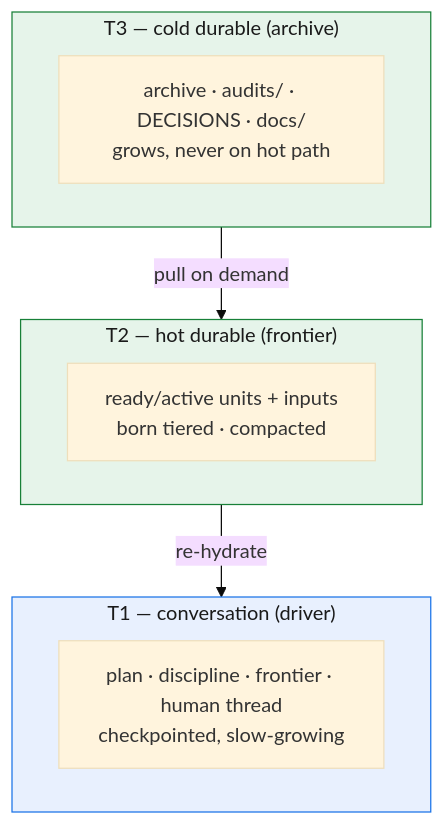
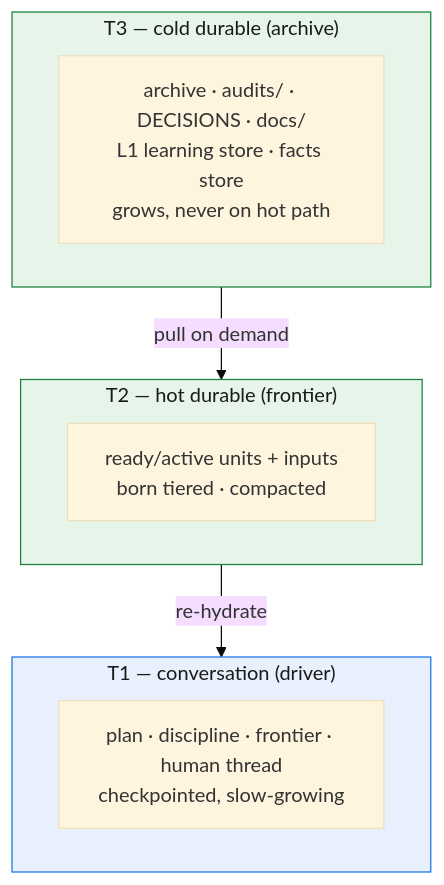
Before and after one commit to RohitDashora/gotm-framework-for-agentic-development: the first of 3 diagrams in docs/07-resilience-and-memory.md, drawn with Mermaid (base theme). The commit also changed other lines of this file and 66 other files, not shown here.

````diff
--- a/docs/07-resilience-and-memory.md
+++ b/docs/07-resilience-and-memory.md
@@ -29,18 +25,18 @@
 ```mermaid
 flowchart TB
     subgraph T1["T1 — conversation (driver)"]
         D1["plan · discipline · frontier · human thread<br/>checkpointed, slow-growing"]
     end
     subgraph T2["T2 — hot durable (frontier)"]
         D2["ready/active units + inputs<br/>born tiered · compacted"]
     end
     subgraph T3["T3 — cold durable (archive)"]
-        D3["archive · audits/ · DECISIONS · docs/<br/>grows, never on hot path"]
+        D3["archive · audits/ · DECISIONS · docs/<br/>L1 learning store · facts store<br/>grows, never on hot path"]
     end
     T2 -->|"re-hydrate"| T1
     T3 -->|"pull on demand"| T2
     classDef driverC fill:#e8f0fe,stroke:#1a73e8,color:#1a1a1a;
     classDef storeC fill:#e6f4ea,stroke:#188038,color:#1a1a1a;
     class T1 driverC;
     class T2,T3 storeC;
 ```
````
